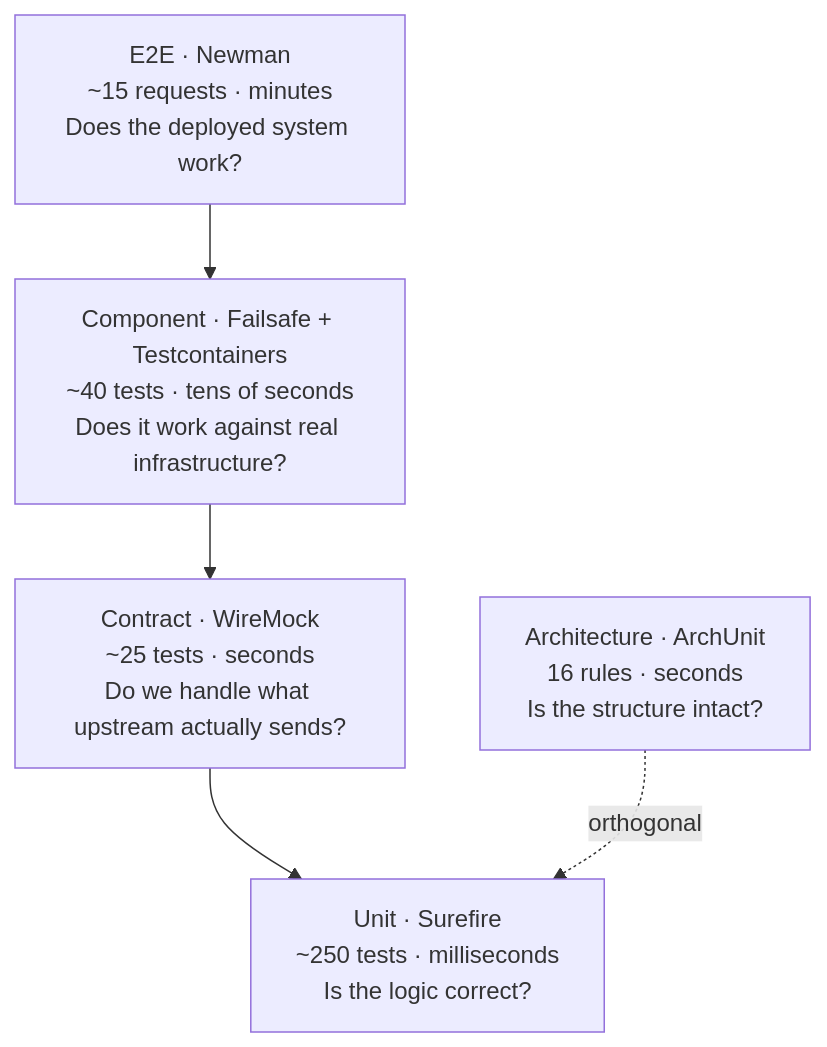
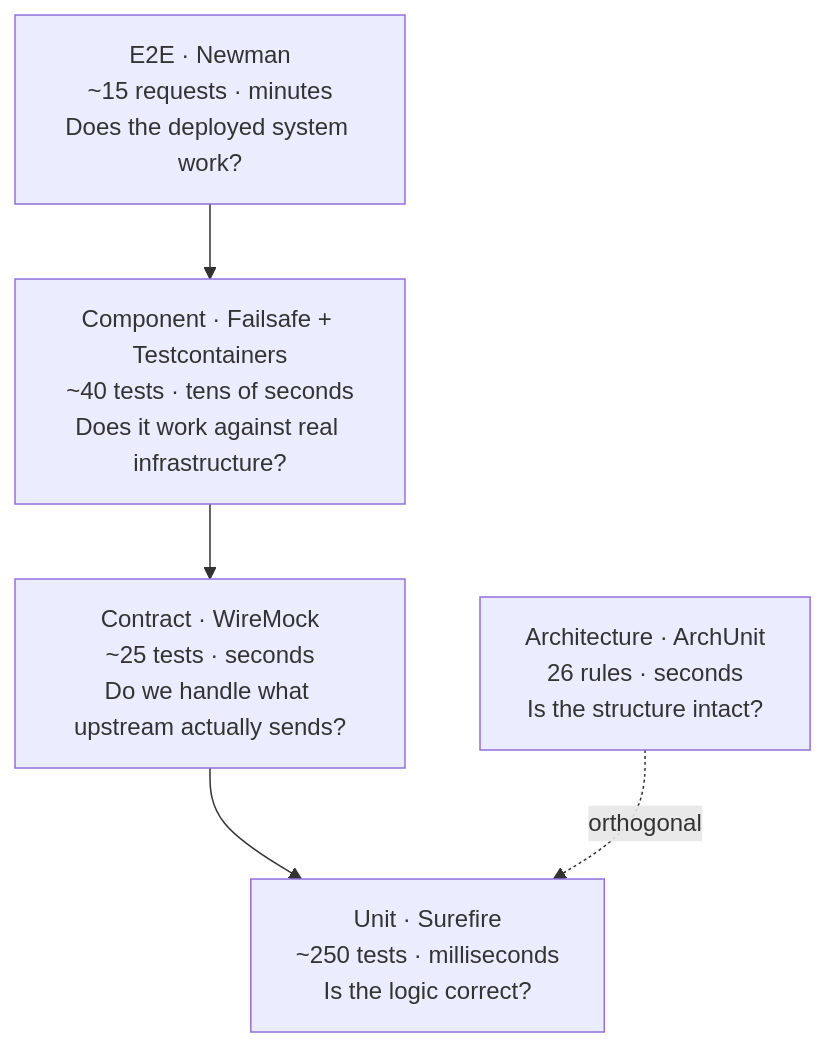
One commit to davidmtzenciso/pokedex-api changed the diagram in docs/handbook/testing-pyramid.md. Above: the diagram before and after it, drawn with Mermaid. The commit also changed other lines of this file and 342 other files, not shown here.

````diff
--- a/docs/handbook/testing-pyramid.md
+++ b/docs/handbook/testing-pyramid.md
@@ -6,10 +6,10 @@
 ```mermaid
 flowchart TD
     E["E2E · Newman<br/>~15 requests · minutes<br/>Does the deployed system work?"]
     C["Component · Failsafe + Testcontainers<br/>~40 tests · tens of seconds<br/>Does it work against real infrastructure?"]
     I["Contract · WireMock<br/>~25 tests · seconds<br/>Do we handle what upstream actually sends?"]
     U["Unit · Surefire<br/>~250 tests · milliseconds<br/>Is the logic correct?"]
-    A["Architecture · ArchUnit<br/>16 rules · seconds<br/>Is the structure intact?"]
+    A["Architecture · ArchUnit<br/>26 rules · seconds<br/>Is the structure intact?"]
     E --> C --> I --> U
     A -.->|orthogonal| U
 ```
````
